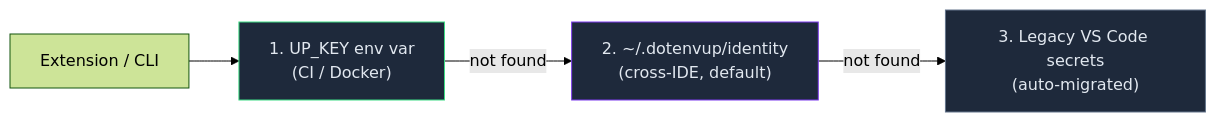
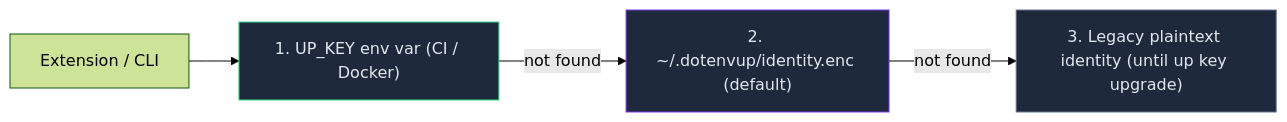
Before and after one commit to sarhej/dotenvup: the fifth of 5 diagrams in README.md, drawn with Mermaid (forest theme). The commit also changed other lines of this file and 35 other files, not shown here.

````diff
--- a/README.md
+++ b/README.md
@@ -164,10 +190,10 @@
 ```mermaid
 flowchart LR
     App["Extension / CLI"] --> E
-    E["1. UP_KEY env var<br/>(CI / Docker)"]
-    E -->|not found| F["2. ~/.dotenvup/identity<br/>(cross-IDE, default)"]
-    F -->|not found| L["3. Legacy VS Code secrets<br/>(auto-migrated)"]
+    E["1. UP_KEY env var (CI / Docker)"]
+    E -->|not found| F["2. ~/.dotenvup/identity.enc (default)"]
+    F -->|not found| L["3. Legacy plaintext identity (until up key upgrade)"]
     style E fill:#1e293b,stroke:#3DDC84,color:#e2e8f0
     style F fill:#1e293b,stroke:#7c3aed,color:#e2e8f0
     style L fill:#1e293b,stroke:#64748b,color:#e2e8f0
 ```
````
